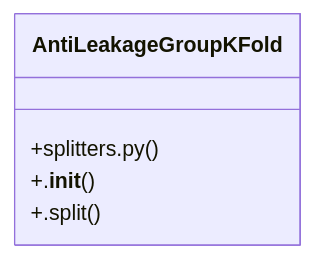
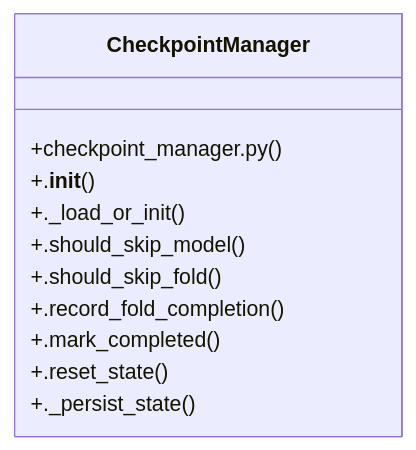
One commit to FY72X9/is_ai-vuln changed the diagram in graphify-out/wiki/Community_2.md. Above: the diagram before and after it, drawn with Mermaid. The commit also changed other lines of this file and 109 other files, not shown here.

Commit message:
chore: generate graphify knowledge base and wiki documentation

````diff
--- a/graphify-out/wiki/Community_2.md
+++ b/graphify-out/wiki/Community_2.md
@@ -36,8 +36,14 @@
 ```mermaid
 classDiagram
-    class AntiLeakageGroupKFold {
-        +splitters.py()
+    class CheckpointManager {
+        +checkpoint_manager.py()
         +.__init__()
-        +.split()
+        +._load_or_init()
+        +.should_skip_model()
+        +.should_skip_fold()
+        +.record_fold_completion()
+        +.mark_completed()
+        +.reset_state()
+        +._persist_state()
     }
 ```
````
